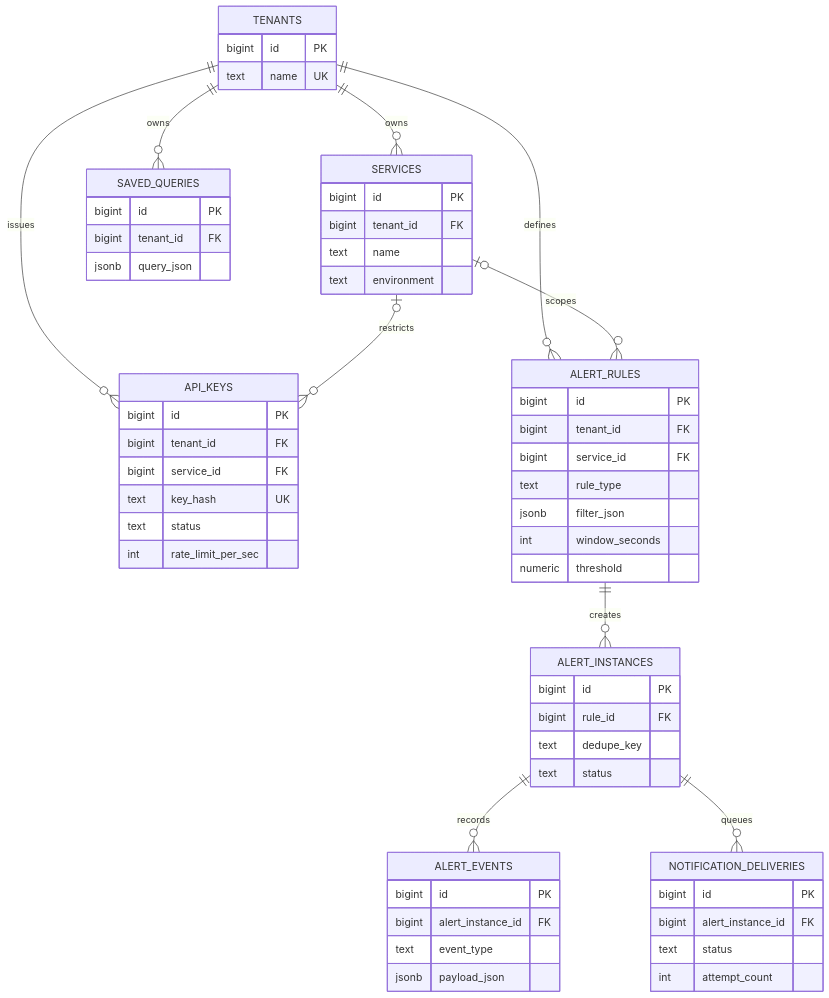
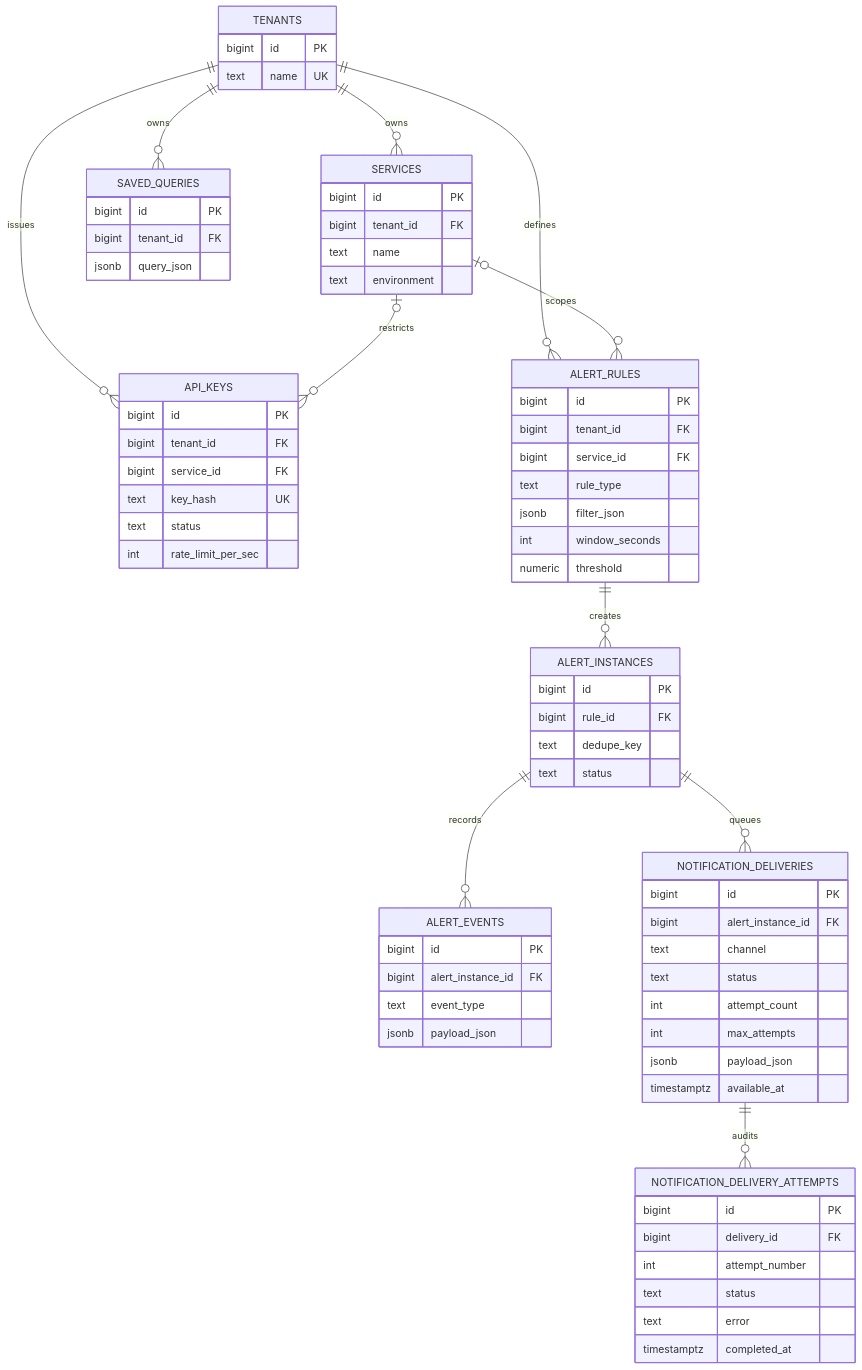
One commit to PratypartyY2K/real-time-log-aggregator changed the ninth of 13 diagrams in docs/architecture.md. Above: the diagram before and after it, drawn with Mermaid. The commit also changed other lines of this file and 2 other files, not shown here.

Commit message:
Document notification delivery operations

````diff
--- a/docs/architecture.md
+++ b/docs/architecture.md
@@ -379,63 +380,76 @@
 ```mermaid
 erDiagram
     TENANTS ||--o{ SERVICES : owns
     TENANTS ||--o{ API_KEYS : issues
     SERVICES o|--o{ API_KEYS : restricts
     TENANTS ||--o{ ALERT_RULES : defines
     SERVICES o|--o{ ALERT_RULES : scopes
     ALERT_RULES ||--o{ ALERT_INSTANCES : creates
     ALERT_INSTANCES ||--o{ ALERT_EVENTS : records
     ALERT_INSTANCES ||--o{ NOTIFICATION_DELIVERIES : queues
+    NOTIFICATION_DELIVERIES ||--o{ NOTIFICATION_DELIVERY_ATTEMPTS : audits
     TENANTS ||--o{ SAVED_QUERIES : owns
 
     TENANTS {
         bigint id PK
         text name UK
     }
     SERVICES {
         bigint id PK
         bigint tenant_id FK
         text name
         text environment
     }
     API_KEYS {
         bigint id PK
         bigint tenant_id FK
         bigint service_id FK
         text key_hash UK
         text status
         int rate_limit_per_sec
     }
     ALERT_RULES {
         bigint id PK
         bigint tenant_id FK
         bigint service_id FK
         text rule_type
         jsonb filter_json
         int window_seconds
         numeric threshold
     }
     ALERT_INSTANCES {
         bigint id PK
         bigint rule_id FK
         text dedupe_key
         text status
     }
     ALERT_EVENTS {
         bigint id PK
         bigint alert_instance_id FK
         text event_type
         jsonb payload_json
     }
     NOTIFICATION_DELIVERIES {
         bigint id PK
         bigint alert_instance_id FK
+        text channel
         text status
         int attempt_count
+        int max_attempts
+        jsonb payload_json
+        timestamptz available_at
+    }
+    NOTIFICATION_DELIVERY_ATTEMPTS {
+        bigint id PK
+        bigint delivery_id FK
+        int attempt_number
+        text status
+        text error
+        timestamptz completed_at
     }
     SAVED_QUERIES {
         bigint id PK
         bigint tenant_id FK
         jsonb query_json
     }
 ```
````
